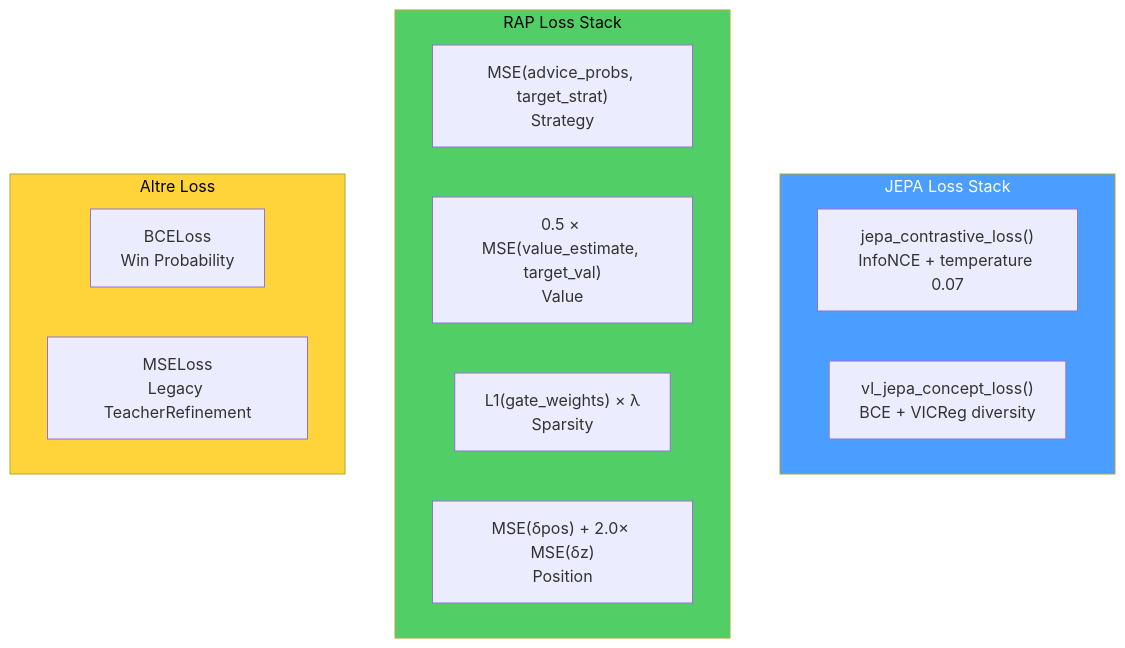
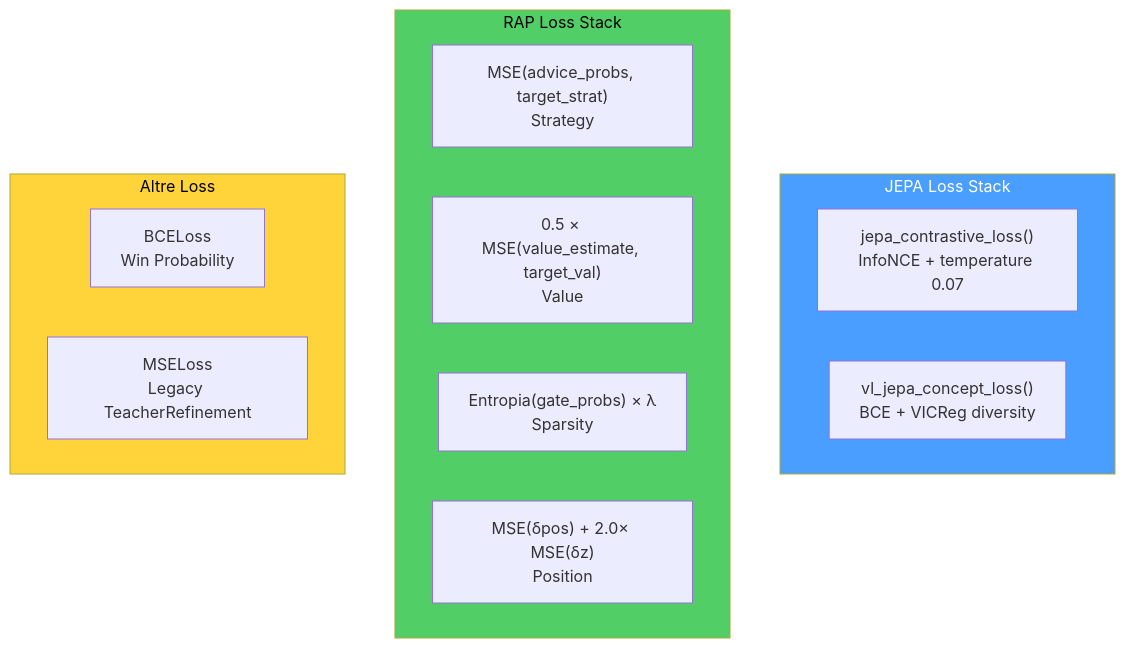
One commit to renanaugustomacena-ux/Counter-Strike-coach-AI changed diagram 49 of 49 in docs/books/Book-Coach-2.md. Above: the diagram before and after it, drawn with Mermaid. The commit also changed other lines of this file and 4 other files, not shown here.

````diff
--- a/docs/books/Book-Coach-2.md
+++ b/docs/books/Book-Coach-2.md
@@ -2660,23 +2644,23 @@
 ```mermaid
 flowchart TB
     subgraph JEPA_LOSS["JEPA Loss Stack"]
         INFONCE["jepa_contrastive_loss()<br/>InfoNCE + temperature 0.07"]
         CONCEPT["vl_jepa_concept_loss()<br/>BCE + VICReg diversity"]
     end
 
     subgraph RAP_LOSS["RAP Loss Stack"]
         STRAT["MSE(advice_probs, target_strat)<br/>Strategy"]
         VAL2["0.5 × MSE(value_estimate, target_val)<br/>Value"]
-        SPARSE["L1(gate_weights) × λ<br/>Sparsity"]
+        SPARSE["Entropia(gate_probs) × λ<br/>Sparsity"]
         POS2["MSE(δpos) + 2.0× MSE(δz)<br/>Position"]
     end
 
     subgraph OTHER["Altre Loss"]
         BCE["BCELoss<br/>Win Probability"]
         MSE_LEGACY["MSELoss<br/>Legacy TeacherRefinement"]
     end
 
     style JEPA_LOSS fill:#4a9eff,color:#fff
     style RAP_LOSS fill:#51cf66,color:#000
     style OTHER fill:#ffd43b,color:#000
 ```
````
